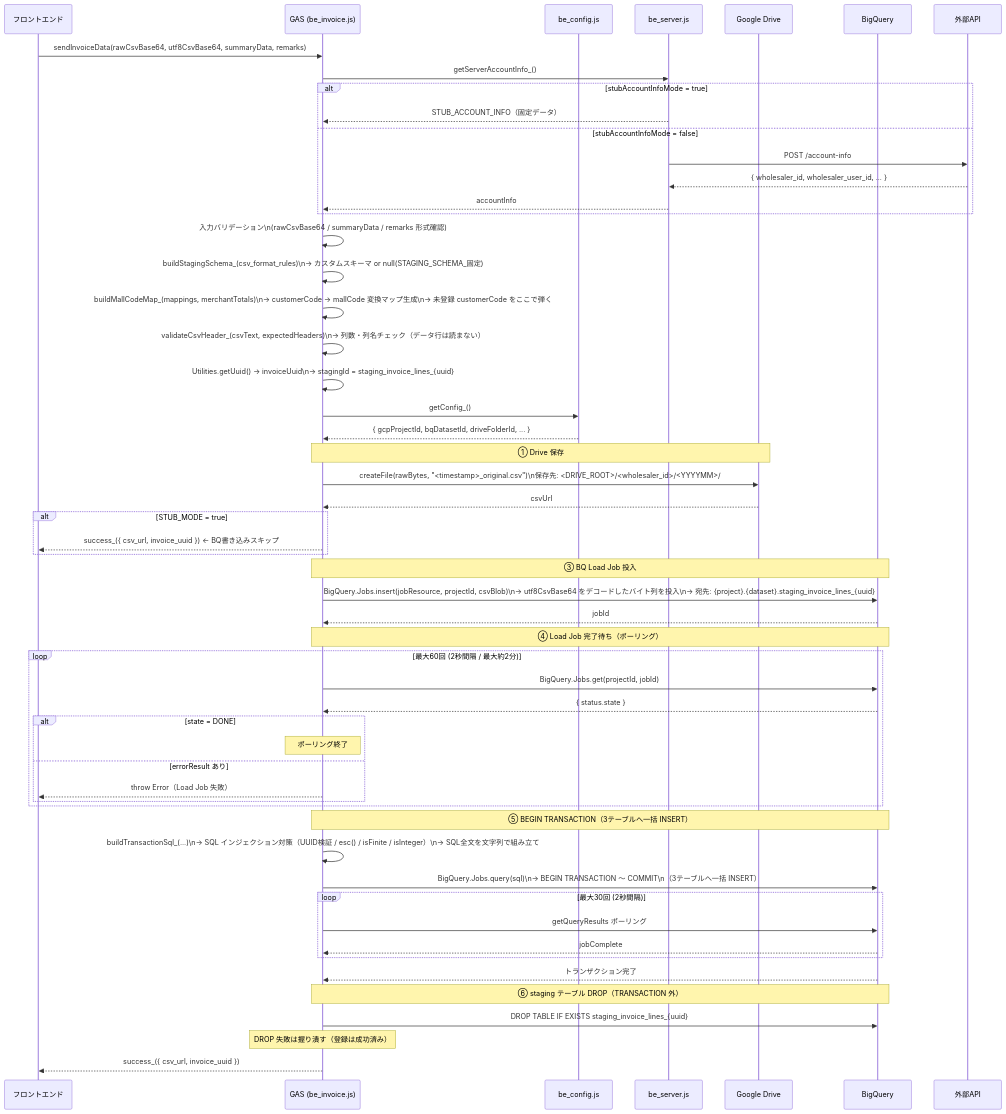
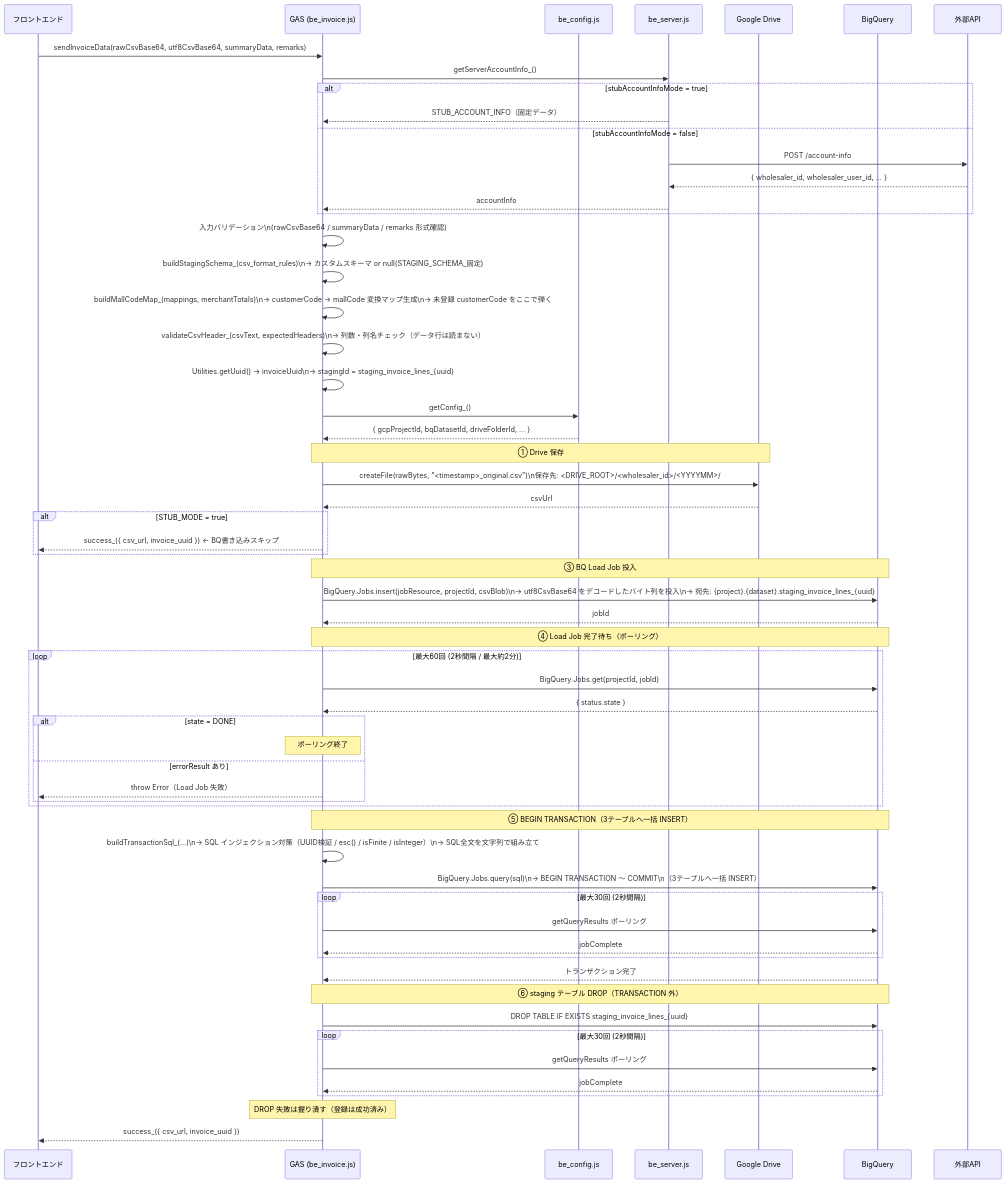
One commit to USEN-PAY-Products/connect-wholesale-gas-poc changed the fourth of 5 diagrams in docs/flow_csv_to_bq.md. Above: the diagram before and after it, drawn with Mermaid. The commit also changed other lines of this file and 3 other files, not shown here.

````diff
--- a/docs/flow_csv_to_bq.md
+++ b/docs/flow_csv_to_bq.md
@@ -102,69 +108,73 @@
 ```mermaid
 sequenceDiagram
     participant FE as フロントエンド
     participant GAS as GAS (be_invoice.js)
     participant CFG as be_config.js
     participant SRV as be_server.js
     participant DRV as Google Drive
     participant BQ as BigQuery
 
     FE->>GAS: sendInvoiceData(rawCsvBase64, utf8CsvBase64, summaryData, remarks)
 
     GAS->>SRV: getServerAccountInfo_()
     alt stubAccountInfoMode = true
         SRV-->>GAS: STUB_ACCOUNT_INFO（固定データ）
     else stubAccountInfoMode = false
         SRV->>外部API: POST /account-info
         外部API-->>SRV: { wholesaler_id, wholesaler_user_id, ... }
         SRV-->>GAS: accountInfo
     end
 
     GAS->>GAS: 入力バリデーション\n(rawCsvBase64 / summaryData / remarks 形式確認)
     GAS->>GAS: buildStagingSchema_(csv_format_rules)\n→ カスタムスキーマ or null(STAGING_SCHEMA_固定)
     GAS->>GAS: buildMallCodeMap_(mappings, merchantTotals)\n→ customerCode → mallCode 変換マップ生成\n→ 未登録 customerCode をここで弾く
 
     GAS->>GAS: validateCsvHeader_(csvText, expectedHeaders)\n→ 列数・列名チェック（データ行は読まない）
 
     GAS->>GAS: Utilities.getUuid() → invoiceUuid\n→ stagingId = staging_invoice_lines_{uuid}
 
     GAS->>CFG: getConfig_()
     CFG-->>GAS: { gcpProjectId, bqDatasetId, driveFolderId, ... }
 
     Note over GAS,DRV: ① Drive 保存
     GAS->>DRV: createFile(rawBytes, "<timestamp>_original.csv")\n保存先: <DRIVE_ROOT>/<wholesaler_id>/<YYYYMM>/
     DRV-->>GAS: csvUrl
 
     alt STUB_MODE = true
         GAS-->>FE: success_({ csv_url, invoice_uuid }) ← BQ書き込みスキップ
     end
 
     Note over GAS,BQ: ③ BQ Load Job 投入
     GAS->>BQ: BigQuery.Jobs.insert(jobResource, projectId, csvBlob)\n→ utf8CsvBase64 をデコードしたバイト列を投入\n→ 宛先: {project}.{dataset}.staging_invoice_lines_{uuid}
     BQ-->>GAS: jobId
 
     Note over GAS,BQ: ④ Load Job 完了待ち（ポーリング）
     loop 最大60回 (2秒間隔 / 最大約2分)
         GAS->>BQ: BigQuery.Jobs.get(projectId, jobId)
         BQ-->>GAS: { status.state }
         alt state = DONE
             Note over GAS: ポーリング終了
         else errorResult あり
             GAS-->>FE: throw Error（Load Job 失敗）
         end
     end
 
     Note over GAS,BQ: ⑤ BEGIN TRANSACTION（3テーブルへ一括 INSERT）
     GAS->>GAS: buildTransactionSql_(...)\n→ SQL インジェクション対策（UUID検証 / esc() / isFinite / isInteger）\n→ SQL全文を文字列で組み立て
     GAS->>BQ: BigQuery.Jobs.query(sql)\n→ BEGIN TRANSACTION ～ COMMIT\n（3テーブルへ一括 INSERT）
     loop 最大30回 (2秒間隔)
         GAS->>BQ: getQueryResults ポーリング
         BQ-->>GAS: jobComplete
     end
     BQ-->>GAS: トランザクション完了
 
     Note over GAS,BQ: ⑥ staging テーブル DROP（TRANSACTION 外）
     GAS->>BQ: DROP TABLE IF EXISTS staging_invoice_lines_{uuid}
+    loop 最大30回 (2秒間隔)
+        GAS->>BQ: getQueryResults ポーリング
+        BQ-->>GAS: jobComplete
+    end
     Note over GAS: DROP 失敗は握り潰す（登録は成功済み）
 
     GAS-->>FE: success_({ csv_url, invoice_uuid })
 ```
````
